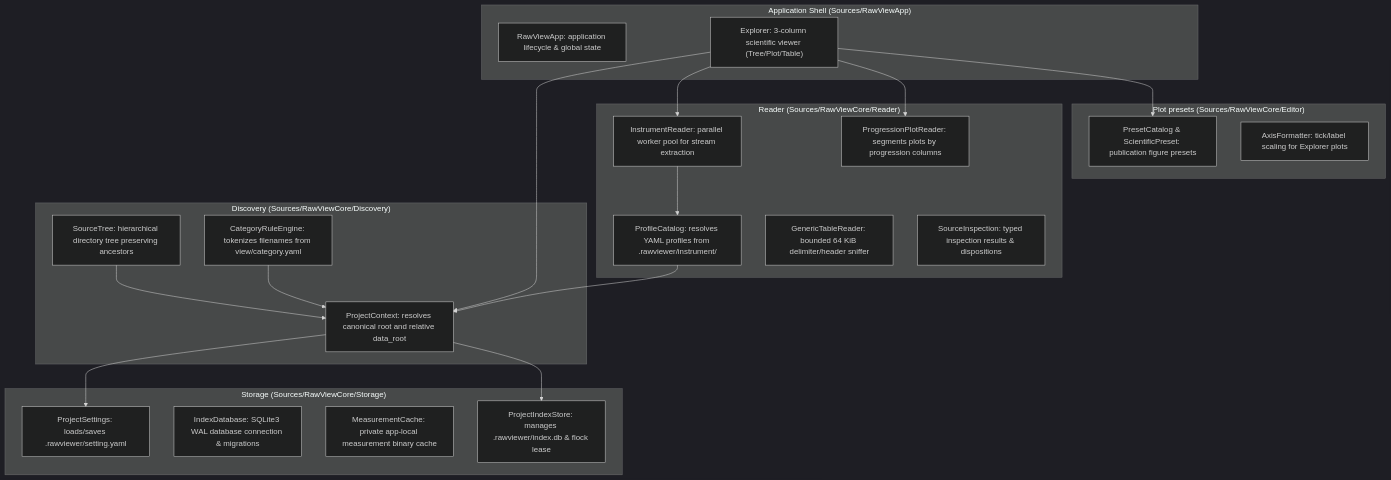
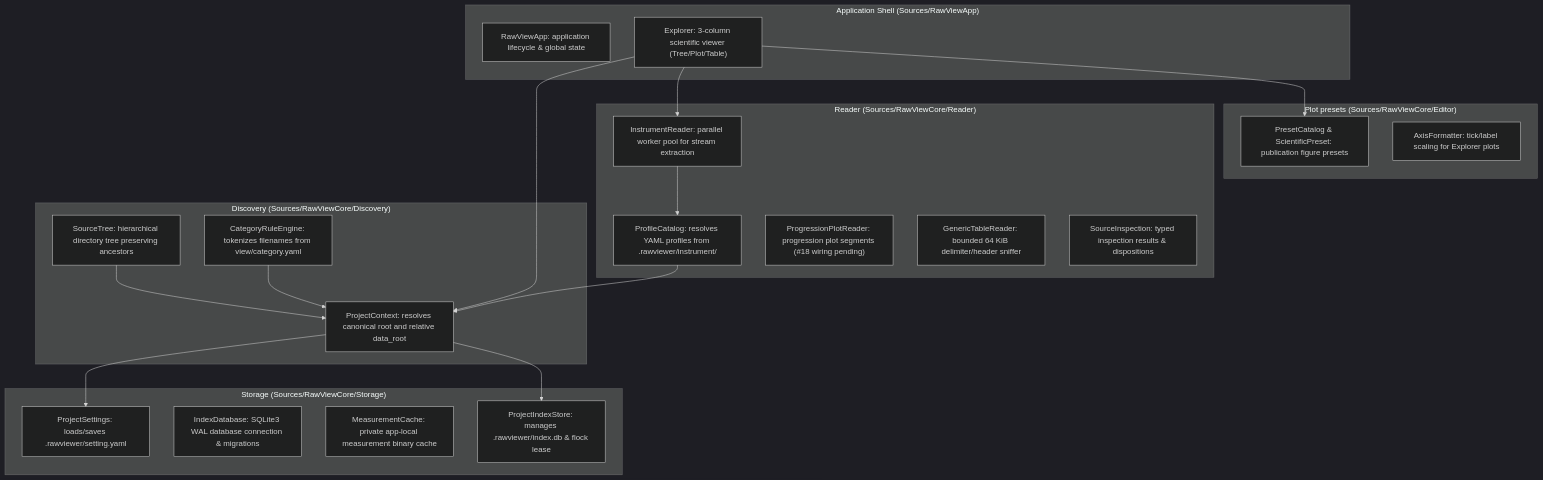
Before and after one commit to taixuann/raw-viewer: the diagram in AGENTS.md, drawn with Mermaid (dark theme). The commit also changed 4 other files, not shown here.

````diff
--- a/AGENTS.md
+++ b/AGENTS.md
@@ -17,44 +17,43 @@
 ```mermaid
 graph TD
     subgraph Storage ["Storage (Sources/RawViewCore/Storage)"]
         ProjectIndexStore["ProjectIndexStore: manages .rawviewer/index.db & flock lease"]
         IndexDatabase["IndexDatabase: SQLite3 WAL database connection & migrations"]
         MeasurementCache["MeasurementCache: private app-local measurement binary cache"]
         ProjectSettings["ProjectSettings: loads/saves .rawviewer/setting.yaml"]
     end
 
     subgraph Discovery ["Discovery (Sources/RawViewCore/Discovery)"]
         ProjectContext["ProjectContext: resolves canonical root and relative data_root"]
         SourceTree["SourceTree: hierarchical directory tree preserving ancestors"]
         CategoryRuleEngine["CategoryRuleEngine: tokenizes filenames from view/category.yaml"]
     end
 
     subgraph Reader ["Reader (Sources/RawViewCore/Reader)"]
         ProfileCatalog["ProfileCatalog: resolves YAML profiles from .rawviewer/instrument/"]
         InstrumentReader["InstrumentReader: parallel worker pool for stream extraction"]
-        ProgressionPlotReader["ProgressionPlotReader: segments plots by progression columns"]
+        ProgressionPlotReader["ProgressionPlotReader: progression plot segments (#18 wiring pending)"]
         GenericTableReader["GenericTableReader: bounded 64 KiB delimiter/header sniffer"]
         SourceInspection["SourceInspection: typed inspection results & dispositions"]
     end
 
     subgraph PlotStyle ["Plot presets (Sources/RawViewCore/Editor)"]
         PresetCatalog["PresetCatalog & ScientificPreset: publication figure presets"]
         AxisFormatter["AxisFormatter: tick/label scaling for Explorer plots"]
     end
 
     subgraph AppUI ["Application Shell (Sources/RawViewApp)"]
         RawViewApp["RawViewApp: application lifecycle & global state"]
         ExplorerWorkspace["Explorer: 3-column scientific viewer (Tree/Plot/Table)"]
     end
 
     ProjectContext --> ProjectSettings
     ProjectContext --> ProjectIndexStore
     SourceTree --> ProjectContext
     CategoryRuleEngine --> ProjectContext
     ProfileCatalog --> ProjectContext
     InstrumentReader --> ProfileCatalog
     ExplorerWorkspace --> ProjectContext
     ExplorerWorkspace --> InstrumentReader
-    ExplorerWorkspace --> ProgressionPlotReader
     ExplorerWorkspace --> PresetCatalog
 ```
````
